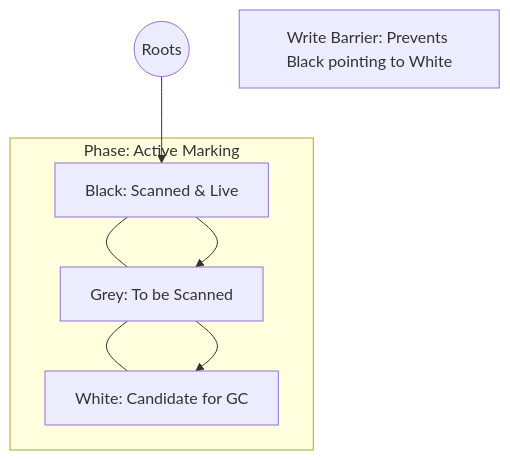
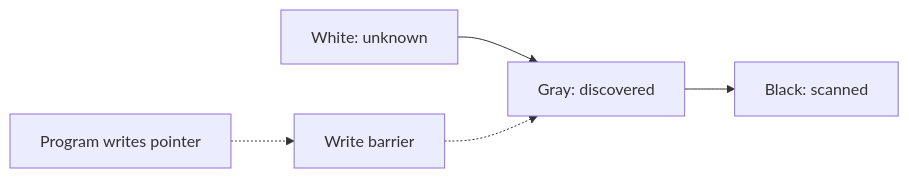
Before and after one commit to syahputrawork98-sketch/Golang-Knowledge-Base: the diagram in RAK-03-evolution/SR-05-internals/BK-01-memory/CH-02-gc-deep-dive/README.md, drawn with Mermaid. The commit also changed other lines of this file and 61 other files, not shown here.

````diff
--- a/RAK-03-evolution/SR-05-internals/BK-01-memory/CH-02-gc-deep-dive/README.md
+++ b/RAK-03-evolution/SR-05-internals/BK-01-memory/CH-02-gc-deep-dive/README.md
@@ -39,13 +35,7 @@
 ```mermaid
-graph TD
-    subgraph "Phase: Active Marking"
-    B[Black: Scanned & Live] --- G[Grey: To be Scanned]
-    G --- W[White: Candidate for GC]
-    end
-    
-    Root((Roots)) --> B
-    B --> G
-    G --> W
-    
-    WriteBarrier[Write Barrier: Prevents Black pointing to White]
+graph LR
+    White[White: unknown] --> Gray[Gray: discovered]
+    Gray --> Black[Black: scanned]
+    Mutator[Program writes pointer] -.-> Barrier[Write barrier]
+    Barrier -.-> Gray
 ```
````
